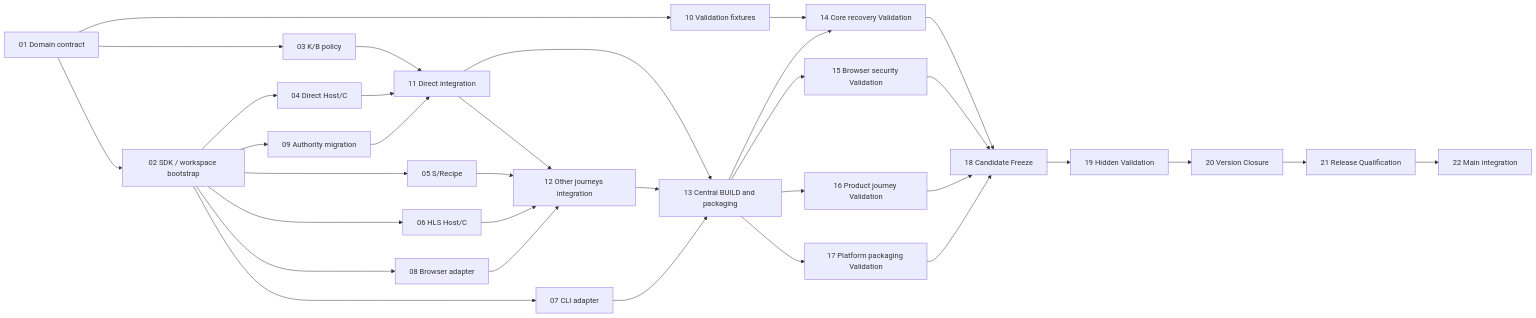
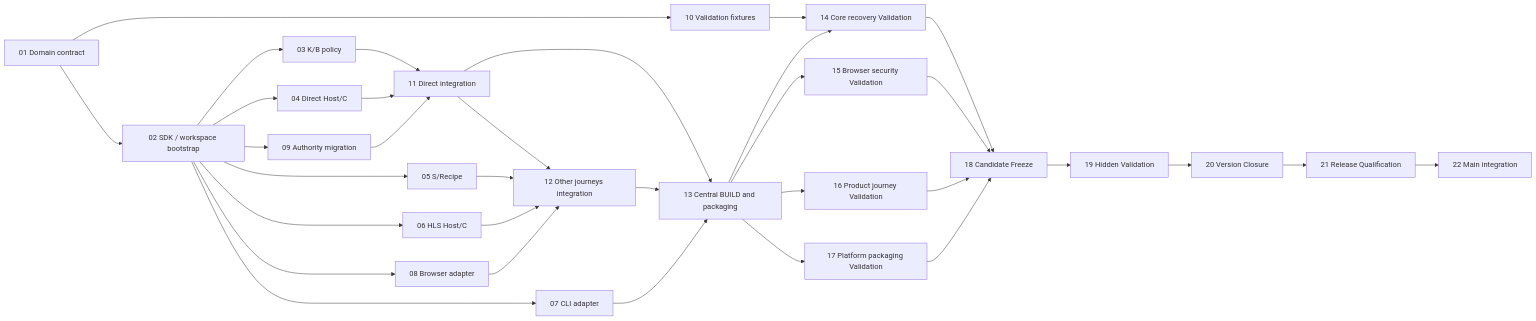
Before and after one commit to kaicreator-mm/xDownload: the diagram in docs/implementation/v0.2.0/TASK_DAG_R0.md, drawn with Mermaid.

Commit message:
docs(v0.2): complete T02 bootstrap predecessor edge for B/K lane (#189 P1-01)

````diff
--- a/docs/implementation/v0.2.0/TASK_DAG_R0.md
+++ b/docs/implementation/v0.2.0/TASK_DAG_R0.md
@@ -22,35 +22,35 @@
 ```mermaid
 flowchart LR
-  T01 --> T02[02 SDK / workspace bootstrap]
-  T01[01 Domain contract] --> T03[03 K/B policy]
+  T01[01 Domain contract] --> T02[02 SDK / workspace bootstrap]
+  T02 --> T03[03 K/B policy]
   T02 --> T04[04 Direct Host/C]
   T02 --> T05[05 S/Recipe]
   T02 --> T06[06 HLS Host/C]
   T02 --> T07[07 CLI adapter]
   T02 --> T08[08 Browser adapter]
   T02 --> T09[09 Authority migration]
   T01 --> T10[10 Validation fixtures]
   T03 --> T11[11 Direct integration]
   T04 --> T11
   T09 --> T11
   T11 --> T12[12 Other journeys integration]
   T05 --> T12
   T06 --> T12
   T08 --> T12
   T11 --> T13[13 Central BUILD and packaging]
   T12 --> T13
   T07 --> T13
   T10 --> T14[14 Core recovery Validation]
   T13 --> T14
   T13 --> T15[15 Browser security Validation]
   T13 --> T16[16 Product journey Validation]
   T13 --> T17[17 Platform packaging Validation]
   T14 --> T18[18 Candidate Freeze]
   T15 --> T18
   T16 --> T18
   T17 --> T18
   T18 --> T19[19 Hidden Validation]
   T19 --> T20[20 Version Closure]
   T20 --> T21[21 Release Qualification]
   T21 --> T22[22 Main integration]
 ```
````
